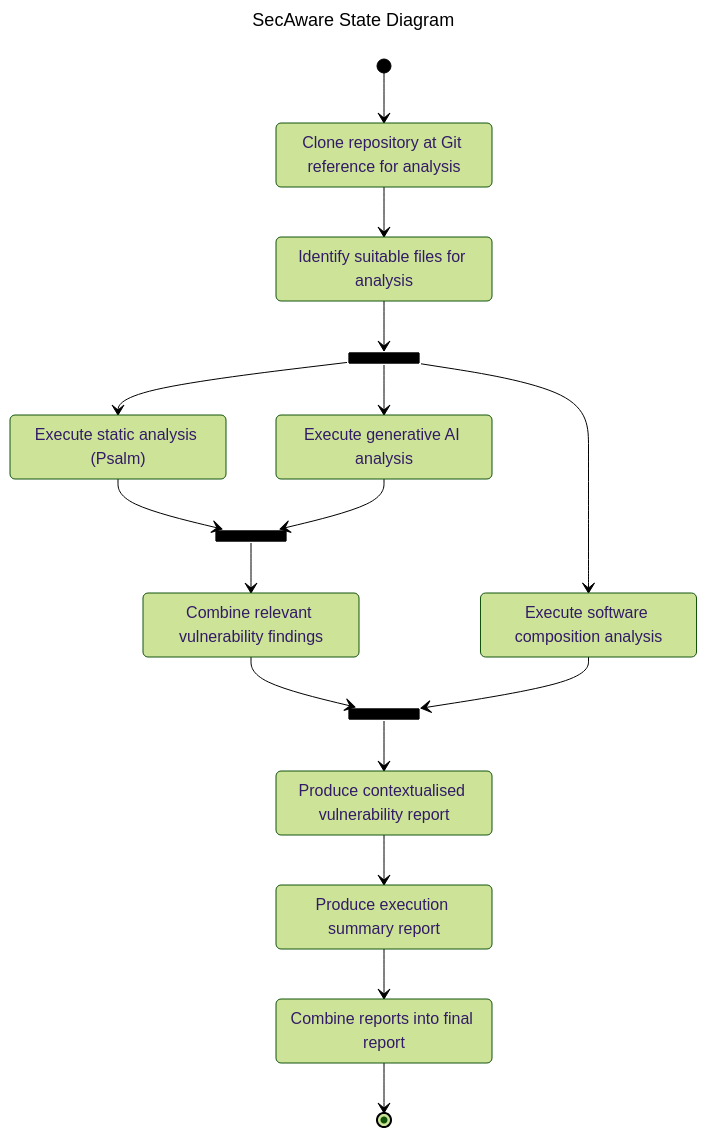
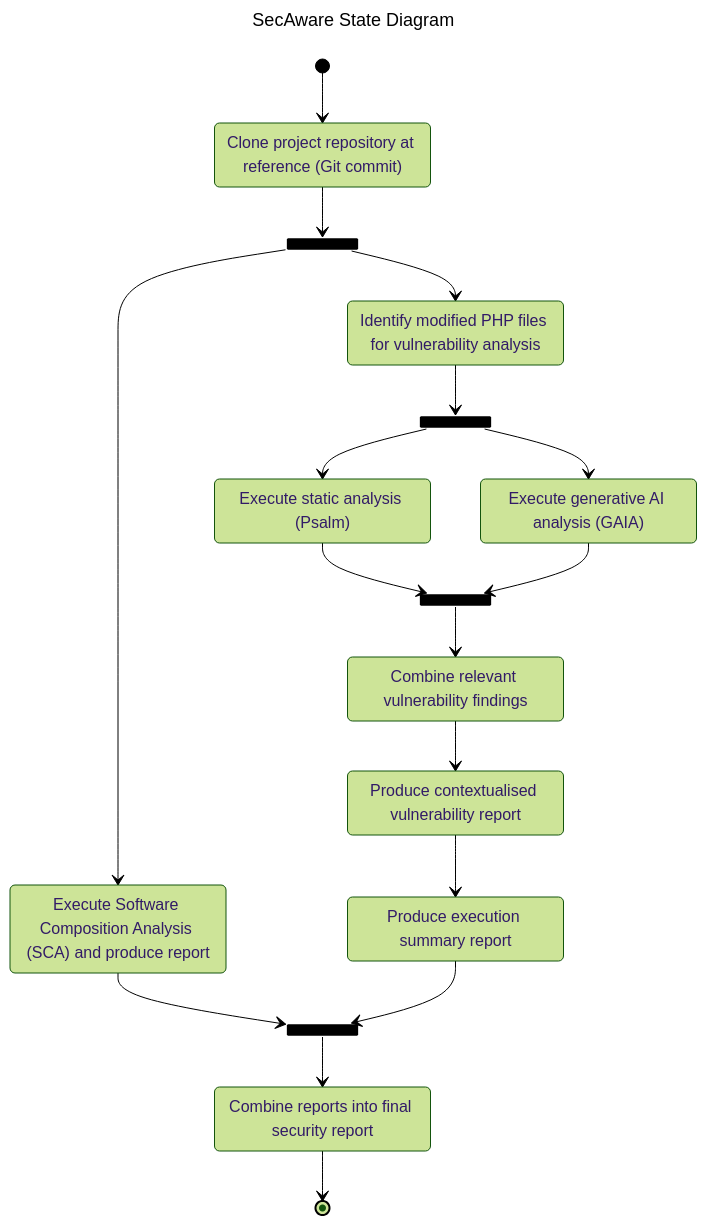
Before and after one commit to AlexWinder/SecAware: the first of 3 diagrams in README.md, drawn with Mermaid (forest theme). The commit also changed other lines of this file, not shown here.

Commit message:
Improvements to state diagrams

````diff
--- a/README.md
+++ b/README.md
@@ -128,42 +128,46 @@
 ```mermaid
 ---
 title: SecAware State Diagram
 ---
 stateDiagram-v2
-    state "Clone repository at Git reference for analysis" as cloneRepo
-    state "Identify suitable files for analysis" as identifyFiles
-    state "Execute software composition analysis" as executeSCA
+    state "Clone project repository at reference (Git commit)" as cloneRepo
+    state "Identify modified PHP files for vulnerability analysis" as identifyFiles
+    state "Execute Software Composition Analysis (SCA) and produce report" as executeSCA
     state "Execute static analysis (Psalm)" as executeSA
-    state "Execute generative AI analysis" as executeGAIA
+    state "Execute generative AI analysis (GAIA)" as executeGAIA
     state "Combine relevant vulnerability findings" as identifyRelevantFindings
     state "Produce contextualised vulnerability report" as produceContextualisedReport
     state "Produce execution summary report" as produceExecutionReport
-    state "Combine reports into final report" as finalReport
+    state "Combine reports into final security report" as finalReport
 
     state analysisFork <<fork>>
+    state cloneFork <<fork>> 
     state analysisJoin <<join>>
     state combineJoin <<join>>
 
     [*] --> cloneRepo
-    cloneRepo --> identifyFiles
+    cloneRepo --> cloneFork
+    cloneFork --> identifyFiles
     identifyFiles --> analysisFork
 
-    analysisFork --> executeSCA
+    cloneFork --> executeSCA
     analysisFork --> executeSA
     analysisFork --> executeGAIA
 
     executeSA --> analysisJoin
     executeGAIA --> analysisJoin
 
     analysisJoin --> identifyRelevantFindings
 
-    identifyRelevantFindings --> combineJoin
+    identifyRelevantFindings --> produceContextualisedReport
+
     executeSCA --> combineJoin
 
-    combineJoin --> produceContextualisedReport
+    produceContextualisedReport --> produceExecutionReport
 
-    produceContextualisedReport --> produceExecutionReport
-    produceExecutionReport --> finalReport
+    produceExecutionReport --> combineJoin
+
+    combineJoin --> finalReport
 
     finalReport --> [*]
 ```
````
